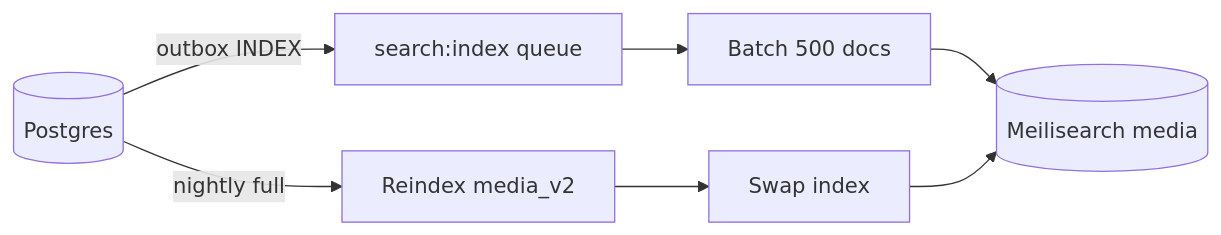
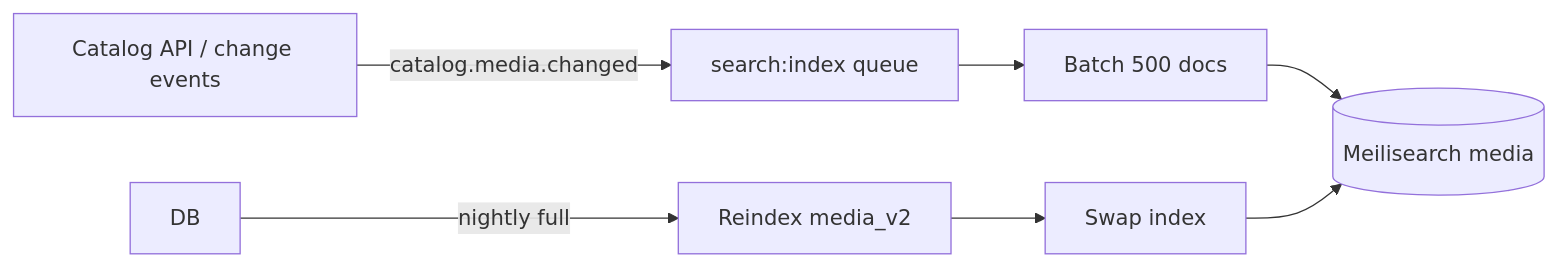
One commit to yepikazo/nimelist changed the diagram in docs/plan/06-search.md. Above: the diagram before and after it, drawn with Mermaid. The commit also changed other lines of this file and 42 other files, not shown here.

````diff
--- a/docs/plan/06-search.md
+++ b/docs/plan/06-search.md
@@ -334,9 +336,9 @@
 ```mermaid
 flowchart LR
-  DB[(Postgres)] -->|outbox INDEX| Q[search:index queue]
+  CAT[Catalog API / change events] -->|catalog.media.changed| Q[search:index queue]
   Q --> B[Batch 500 docs]
   B --> MS[(Meilisearch media)]
   DB -->|nightly full| R[Reindex media_v2]
   R --> S[Swap index]
   S --> MS
 ```
````
